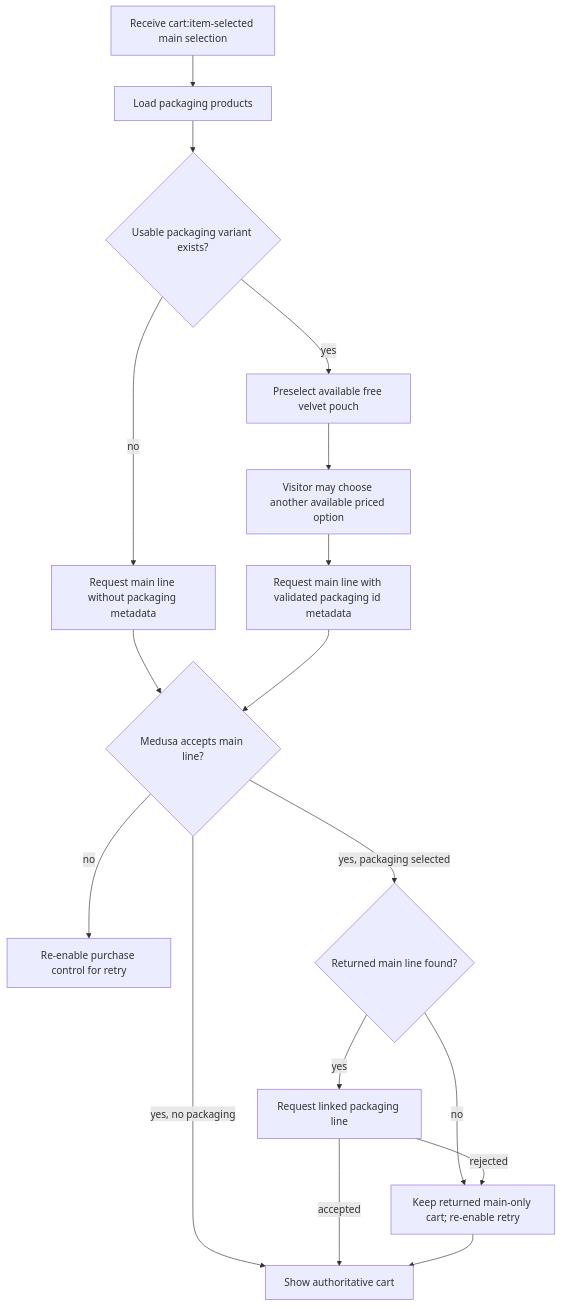
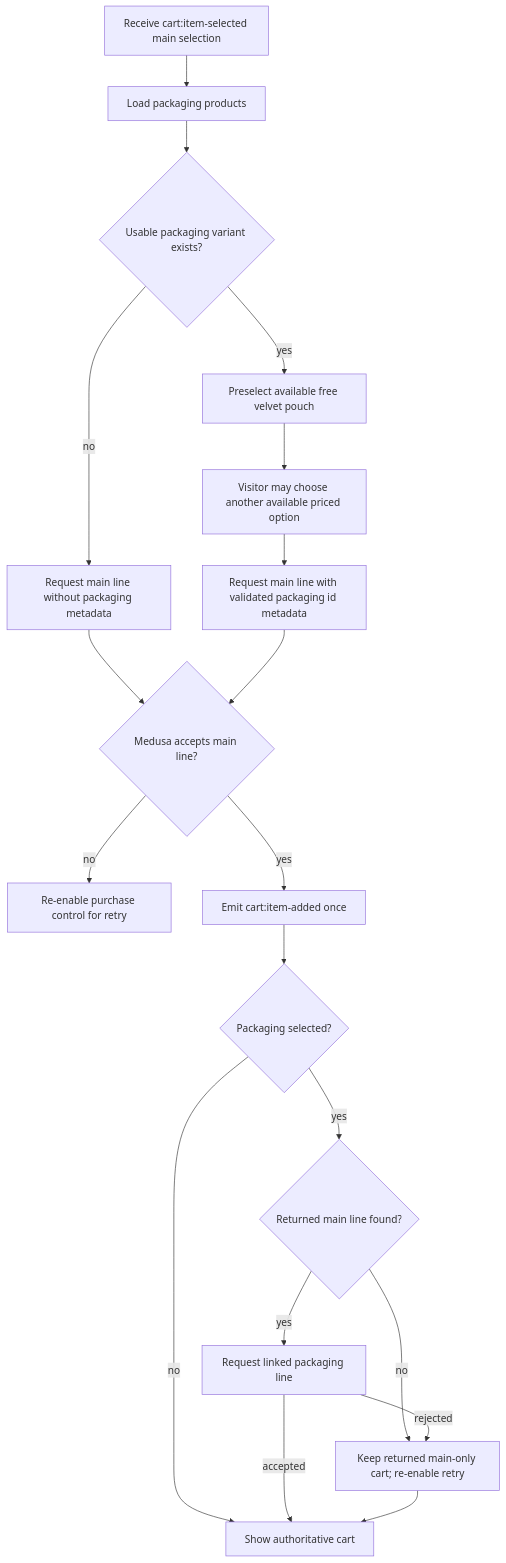
The first of 3 diagrams in flows/features/product-addons.md (AtoshaKartosha/sunluk), drawn with Mermaid before and after one commit. The commit also changed other lines of this file and 7 other files, not shown here.

````diff
--- a/flows/features/product-addons.md
+++ b/flows/features/product-addons.md
@@ -45,19 +45,21 @@
 ```mermaid
 flowchart TD
   Main[Receive cart:item-selected main selection] --> Load[Load packaging products]
   Load --> Loaded{Usable packaging variant exists?}
   Loaded -->|no| MainOnly[Request main line without packaging metadata]
   Loaded -->|yes| Default[Preselect available free velvet pouch]
   Default --> Select[Visitor may choose another available priced option]
   Select --> AddMainWith[Request main line with validated packaging id metadata]
   MainOnly --> MainAccepted{Medusa accepts main line?}
   AddMainWith --> MainAccepted
   MainAccepted -->|no| Retry[Re-enable purchase control for retry]
-  MainAccepted -->|yes, no packaging| Done[Show authoritative cart]
-  MainAccepted -->|yes, packaging selected| Parent{Returned main line found?}
+  MainAccepted -->|yes| Observe[Emit cart:item-added once]
+  Observe --> Packaging{Packaging selected?}
+  Packaging -->|no| Done[Show authoritative cart]
+  Packaging -->|yes| Parent{Returned main line found?}
   Parent -->|no| MainRemains
   Parent -->|yes| AddPackaging[Request linked packaging line]
   AddPackaging -->|accepted| Done
   AddPackaging -->|rejected| MainRemains[Keep returned main-only cart; re-enable retry]
   MainRemains --> Done
 ```
````
